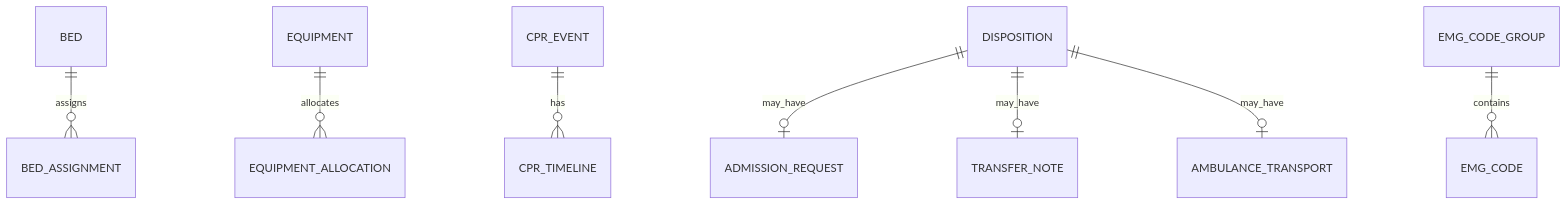
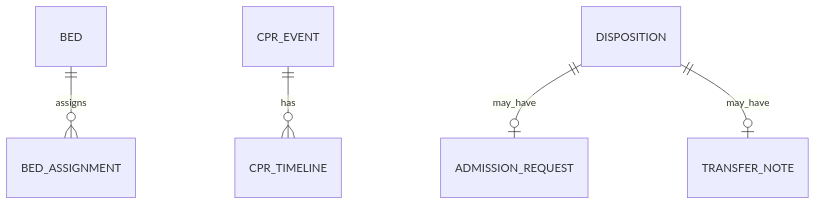
Before and after one commit to SEOUL-IT-HIS/emergency-service: the diagram in docs/models.md, drawn with Mermaid. The commit also changed other lines of this file and 6 other files, not shown here.

````diff
--- a/docs/models.md
+++ b/docs/models.md
@@ -28,10 +28,7 @@
 ```mermaid
 erDiagram
   BED ||--o{ BED_ASSIGNMENT : assigns
-  EQUIPMENT ||--o{ EQUIPMENT_ALLOCATION : allocates
   CPR_EVENT ||--o{ CPR_TIMELINE : has
   DISPOSITION ||--o| ADMISSION_REQUEST : may_have
   DISPOSITION ||--o| TRANSFER_NOTE : may_have
-  DISPOSITION ||--o| AMBULANCE_TRANSPORT : may_have
-  EMG_CODE_GROUP ||--o{ EMG_CODE : contains
 ```
````
